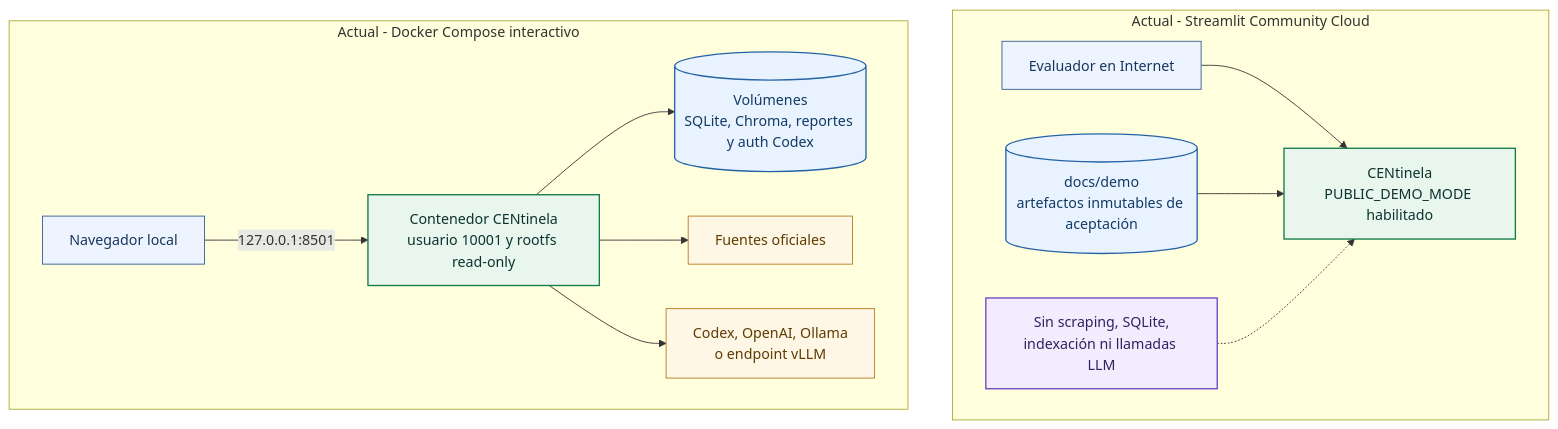
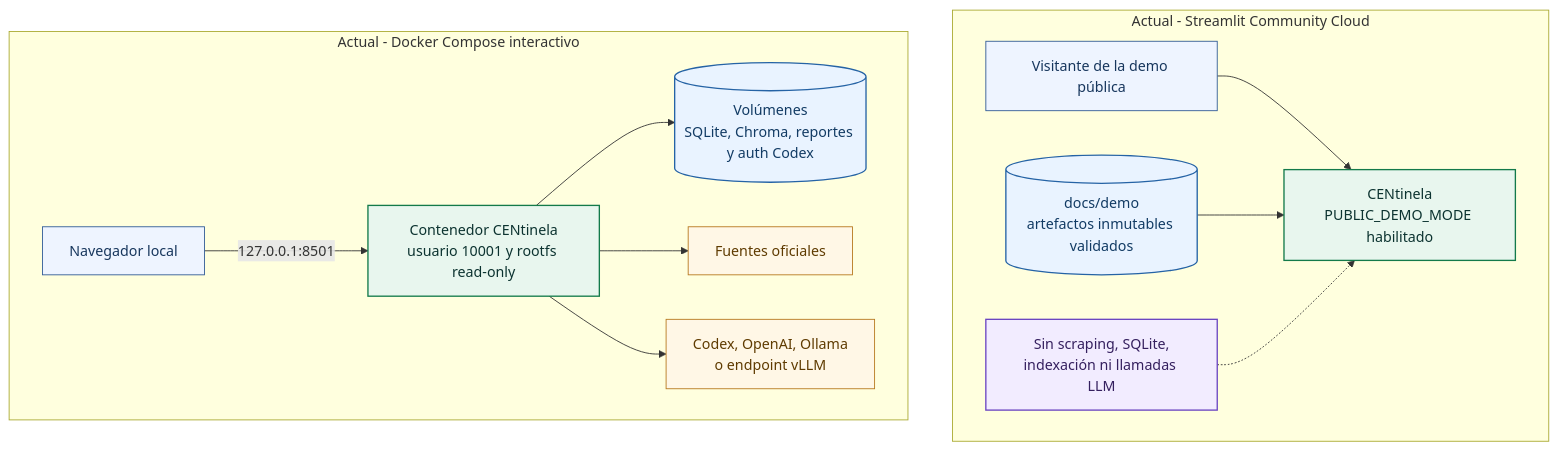
Before and after one commit to JotaTerrasa/CENtinela: the sixth of 7 diagrams in ARQUITECTURA.md, drawn with Mermaid. The commit also changed other lines of this file and 25 other files, not shown here.

````diff
--- a/ARQUITECTURA.md
+++ b/ARQUITECTURA.md
@@ -356,30 +356,30 @@
 ```mermaid
 flowchart TB
     subgraph CLOUD["Actual - Streamlit Community Cloud"]
-        INTERNET["Evaluador en Internet"]:::actor
+        INTERNET["Visitante de la demo pública"]:::actor
         STC["CENtinela<br/>PUBLIC_DEMO_MODE habilitado"]:::implemented
-        REPLAY[("docs/demo<br/>artefactos inmutables de aceptación")]:::store
+        REPLAY[("docs/demo<br/>artefactos inmutables validados")]:::store
         BLOCK["Sin scraping, SQLite,<br/>indexación ni llamadas LLM"]:::control
         INTERNET --> STC
         REPLAY --> STC
         BLOCK -.-> STC
     end
 
     subgraph LOCAL["Actual - Docker Compose interactivo"]
         BROWSER["Navegador local"]:::actor
         CONTAINER["Contenedor CENtinela<br/>usuario 10001 y rootfs read-only"]:::implemented
         VOLUMES[("Volúmenes<br/>SQLite, Chroma, reportes y auth Codex")]:::store
         WEB["Fuentes oficiales"]:::external
         MODEL["Codex, OpenAI, Ollama<br/>o endpoint vLLM"]:::external
         BROWSER -->|"127.0.0.1:8501"| CONTAINER
         CONTAINER --> VOLUMES
         CONTAINER --> WEB
         CONTAINER --> MODEL
     end
 
     classDef actor fill:#eef4ff,stroke:#315b96,color:#17365d;
     classDef implemented fill:#e8f6ee,stroke:#137a4a,color:#0c3330,stroke-width:1.5px;
     classDef control fill:#f2ecff,stroke:#6b46c1,color:#35205f,stroke-width:1.5px;
     classDef store fill:#e9f3ff,stroke:#2563a5,color:#123b64,stroke-width:1.5px;
     classDef external fill:#fff7e6,stroke:#b7791f,color:#5f3b00;
 ```
````
